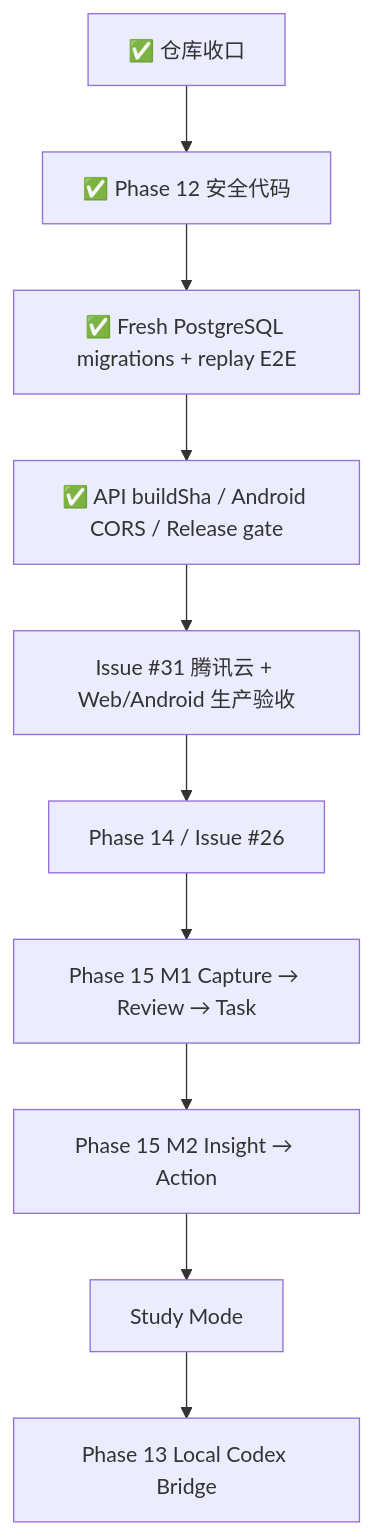
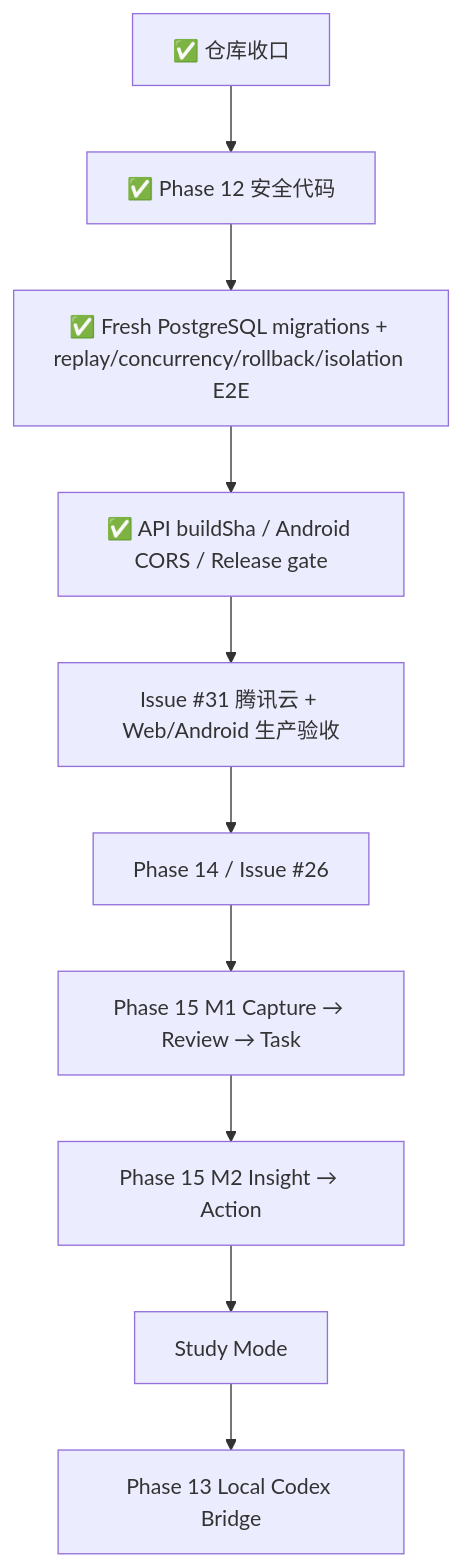
Before and after one commit to tiads031-boop/sparkflow: the second of 2 diagrams in PROJECT_BLUEPRINT.md, drawn with Mermaid. The commit also changed other lines of this file, not shown here.

Commit message:
docs: align blueprint with expanded PostgreSQL evidence

````diff
--- a/PROJECT_BLUEPRINT.md
+++ b/PROJECT_BLUEPRINT.md
@@ -266,12 +271,12 @@
 ```mermaid
 flowchart TD
     A["✅ 仓库收口"] --> B["✅ Phase 12 安全代码"]
-    B --> C["✅ Fresh PostgreSQL migrations + replay E2E"]
+    B --> C["✅ Fresh PostgreSQL migrations + replay/concurrency/rollback/isolation E2E"]
     C --> D["✅ API buildSha / Android CORS / Release gate"]
     D --> E["Issue #31 腾讯云 + Web/Android 生产验收"]
     E --> F["Phase 14 / Issue #26"]
     F --> G["Phase 15 M1 Capture → Review → Task"]
     G --> H["Phase 15 M2 Insight → Action"]
     H --> I["Study Mode"]
     I --> J["Phase 13 Local Codex Bridge"]
 ```
````
